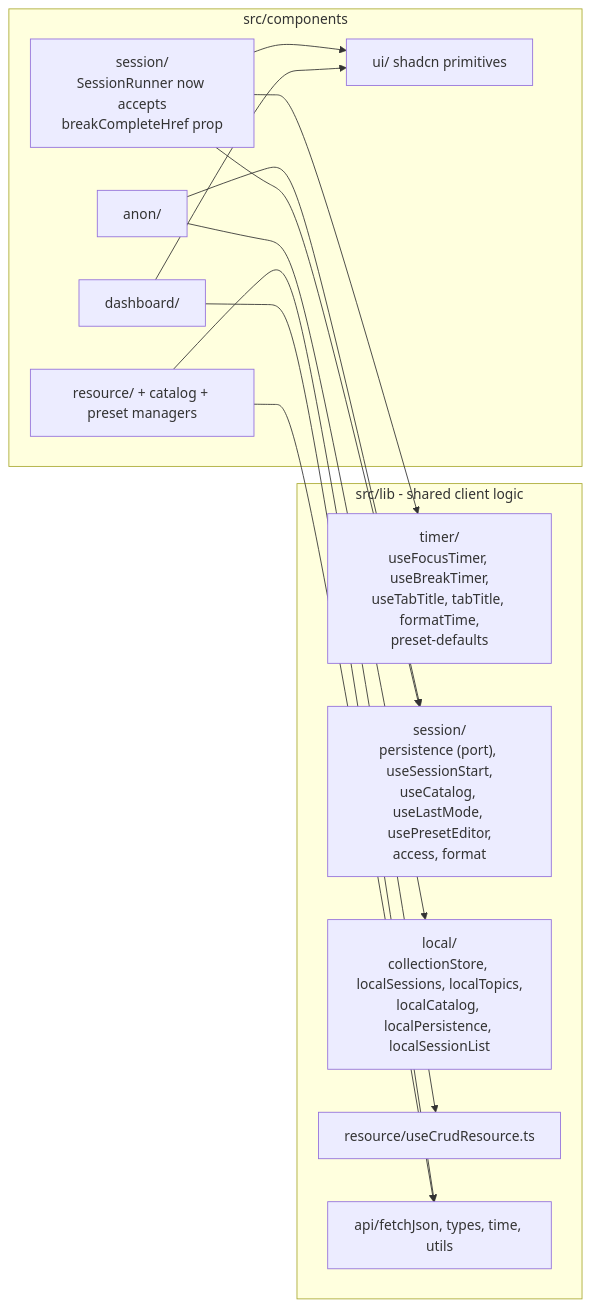
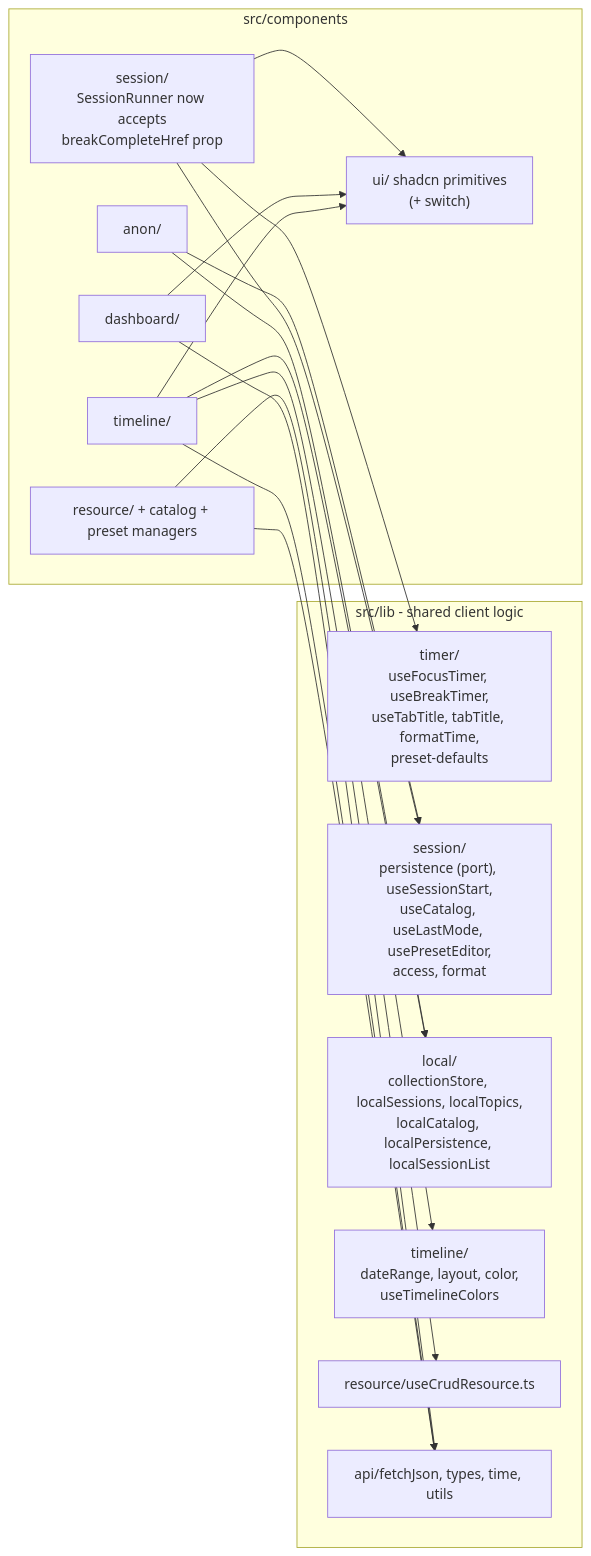
The fourth of 11 diagrams in context/foundation/arch.md (plpabla/pomosapiens), drawn with Mermaid before and after one commit. The commit also changed other lines of this file and 5 other files, not shown here.

````diff
--- a/context/foundation/arch.md
+++ b/context/foundation/arch.md
@@ -154,23 +160,26 @@
 ```mermaid
 flowchart LR
     subgraph components[src/components]
         anonC[anon/]
         sessC[session/<br/>SessionRunner now accepts<br/>breakCompleteHref prop]
         dashC[dashboard/]
+        tlC[timeline/]
         resC[resource/ + catalog + preset managers]
-        uiC[ui/ shadcn primitives]
+        uiC["ui/ shadcn primitives<br/>(+ switch)"]
     end
 
     subgraph lib[src/lib - shared client logic]
         TIMER["timer/<br/>useFocusTimer, useBreakTimer,<br/>useTabTitle, tabTitle, formatTime,<br/>preset-defaults"]
         SESSL["session/<br/>persistence (port), useSessionStart,<br/>useCatalog, useLastMode, usePresetEditor,<br/>access, format"]
         LOCL["local/<br/>collectionStore, localSessions, localTopics,<br/>localCatalog, localPersistence, localSessionList"]
+        TLL["timeline/<br/>dateRange, layout, color,<br/>useTimelineColors"]
         RESL[resource/useCrudResource.ts]
         MISC[api/fetchJson, types, time, utils]
     end
 
     anonC --> LOCL & SESSL
     sessC --> TIMER & SESSL & uiC
     dashC --> MISC & uiC
+    tlC --> TLL & LOCL & uiC & MISC
     resC --> RESL & MISC
 ```
````
